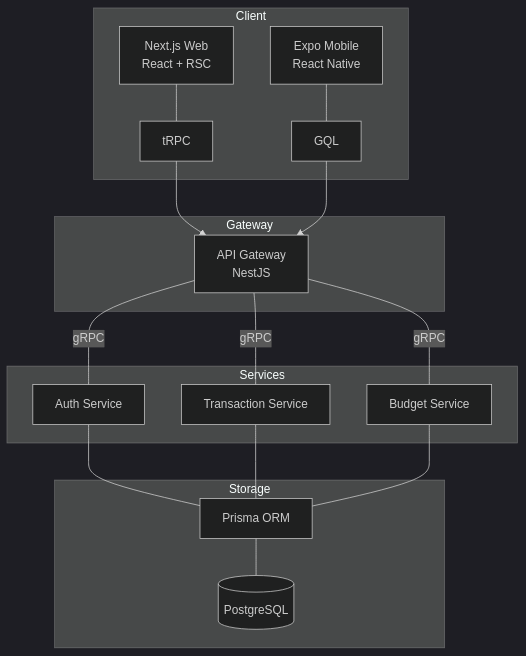
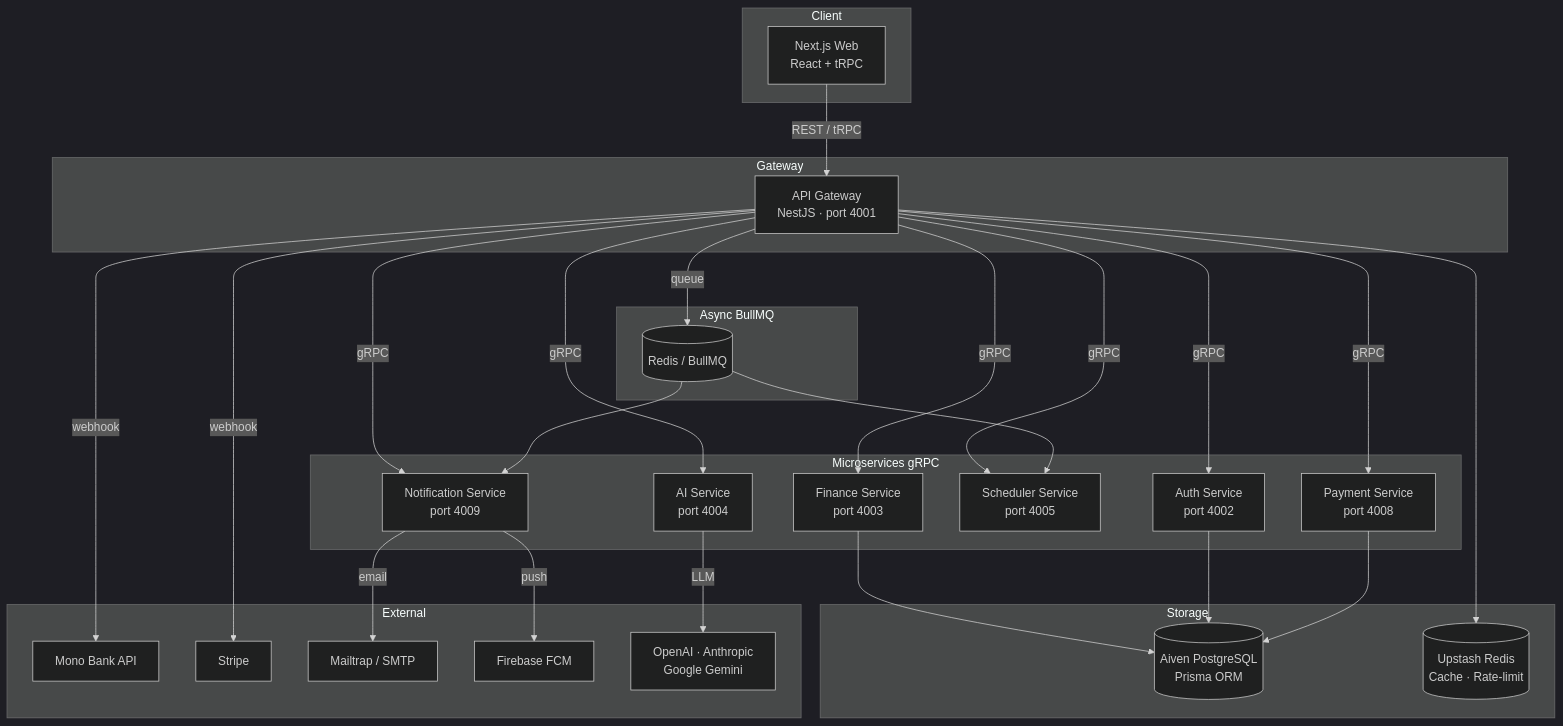
Before and after one commit to Dasiloy/fintrack: the diagram in README.md, drawn with Mermaid (dark theme). The commit also changed other lines of this file and 24 other files, not shown here.

````diff
--- a/README.md
+++ b/README.md
@@ -22,25 +22,40 @@
 ```mermaid
 graph TD
     subgraph Client
-    A[Next.js Web<br/>React + RSC] --- tRPC
-    B[Expo Mobile<br/>React Native] --- GQL
+        W[Next.js Web<br/>React + tRPC]
     end
 
     subgraph Gateway
-    tRPC --> GW[API Gateway<br/>NestJS]
-    GQL --> GW
+        W -->|REST / tRPC| GW[API Gateway<br/>NestJS · port 4001]
     end
 
-    subgraph Services
-    GW --- |gRPC| S1[Auth Service]
-    GW --- |gRPC| S2[Transaction Service]
-    GW --- |gRPC| S3[Budget Service]
+    subgraph Microservices gRPC
+        GW -->|gRPC| AS[Auth Service<br/>port 4002]
+        GW -->|gRPC| FS[Finance Service<br/>port 4003]
+        GW -->|gRPC| AIS[AI Service<br/>port 4004]
+        GW -->|gRPC| SS[Scheduler Service<br/>port 4005]
+        GW -->|gRPC| PS[Payment Service<br/>port 4008]
+        GW -->|gRPC| NS[Notification Service<br/>port 4009]
+    end
+
+    subgraph Async BullMQ
+        GW -->|queue| MQ[(Redis / BullMQ)]
+        MQ --> SS
+        MQ --> NS
     end
 
     subgraph Storage
-    S1 --- P[Prisma ORM]
-    S2 --- P
-    S3 --- P
-    P --- DB[(PostgreSQL)]
+        FS --> DB[(Aiven PostgreSQL<br/>Prisma ORM)]
+        AS --> DB
+        PS --> DB
+        GW --> RD[(Upstash Redis<br/>Cache · Rate-limit)]
+    end
+
+    subgraph External
+        GW -->|webhook| MONO[Mono Bank API]
+        GW -->|webhook| STRIPE[Stripe]
+        NS -->|email| MAIL[Mailtrap / SMTP]
+        NS -->|push| FCM[Firebase FCM]
+        AIS -->|LLM| AI[OpenAI · Anthropic<br/>Google Gemini]
     end
 ```
````
